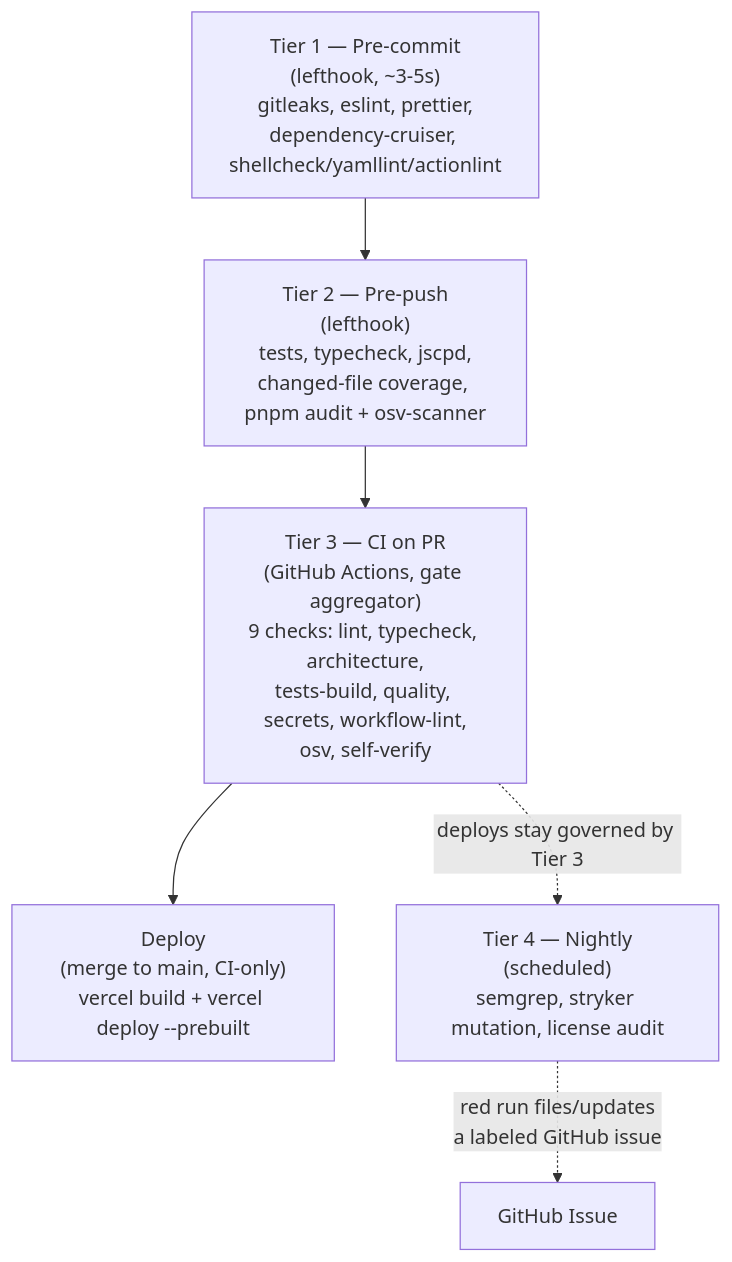
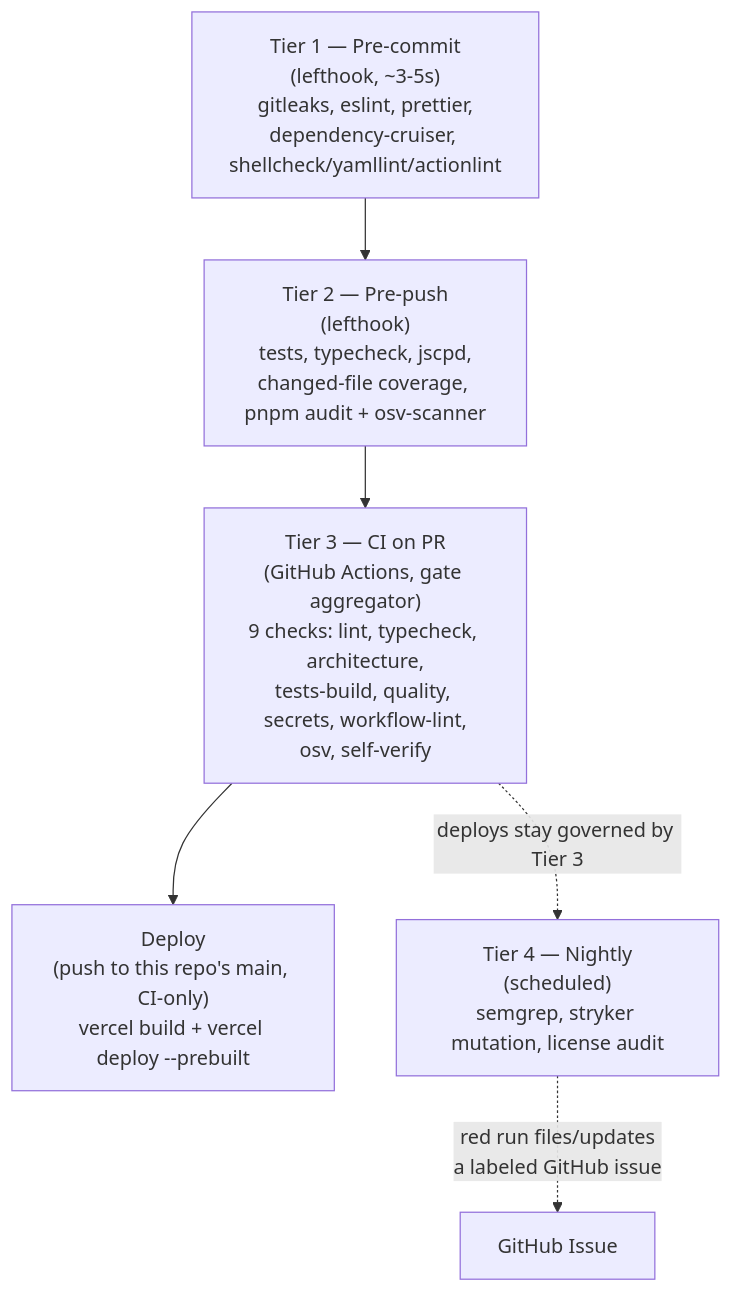
The diagram in README.md (korabeland/deploy-shield), drawn with Mermaid before and after one commit. The commit also changed other lines of this file and 2 other files, not shown here.

Commit message:
fix: restrict production deploys to pushes to repository main (#17)
* fix: restrict production deploy to trusted main-branch pushes

* no-mistakes(document): Clarify production deployment requirements

* docs: tighten production deploy trigger wording

* no-mistakes(document): Update production deployment documentation

````diff
--- a/README.md
+++ b/README.md
@@ -12,8 +12,8 @@
 ```mermaid
 flowchart TD
     A["Tier 1 — Pre-commit\n(lefthook, ~3-5s)\ngitleaks, eslint, prettier,\ndependency-cruiser, shellcheck/yamllint/actionlint"] --> B["Tier 2 — Pre-push\n(lefthook)\ntests, typecheck, jscpd,\nchanged-file coverage, pnpm audit + osv-scanner"]
     B --> C["Tier 3 — CI on PR\n(GitHub Actions, gate aggregator)\n9 checks: lint, typecheck, architecture,\ntests-build, quality, secrets, workflow-lint,\nosv, self-verify"]
-    C --> D["Deploy\n(merge to main, CI-only)\nvercel build + vercel deploy --prebuilt"]
+    C --> D["Deploy\n(push to this repo's main, CI-only)\nvercel build + vercel deploy --prebuilt"]
     E["Tier 4 — Nightly\n(scheduled)\nsemgrep, stryker mutation, license audit"] -.->|"red run files/updates\na labeled GitHub issue"| F[GitHub Issue]
     C -.->|"deploys stay governed by Tier 3"| E
 ```
````
